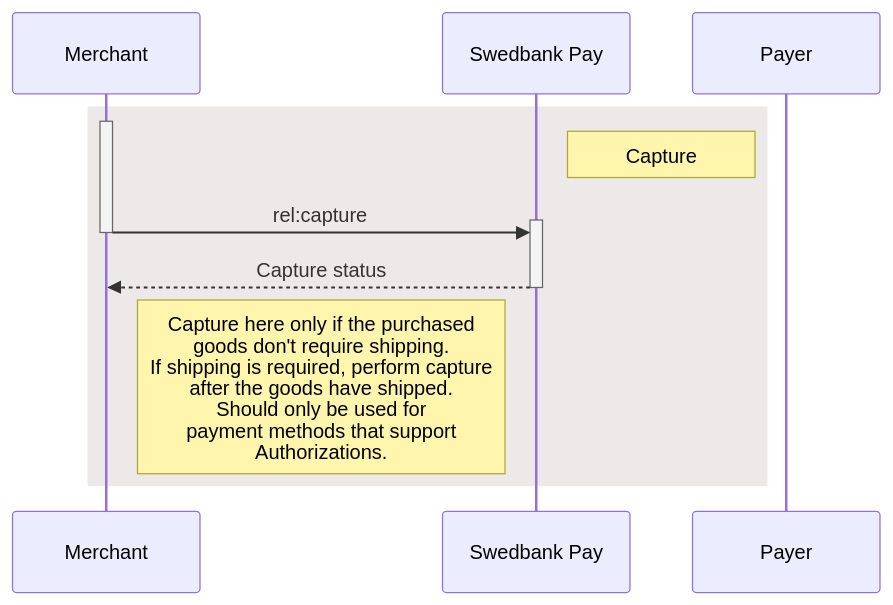
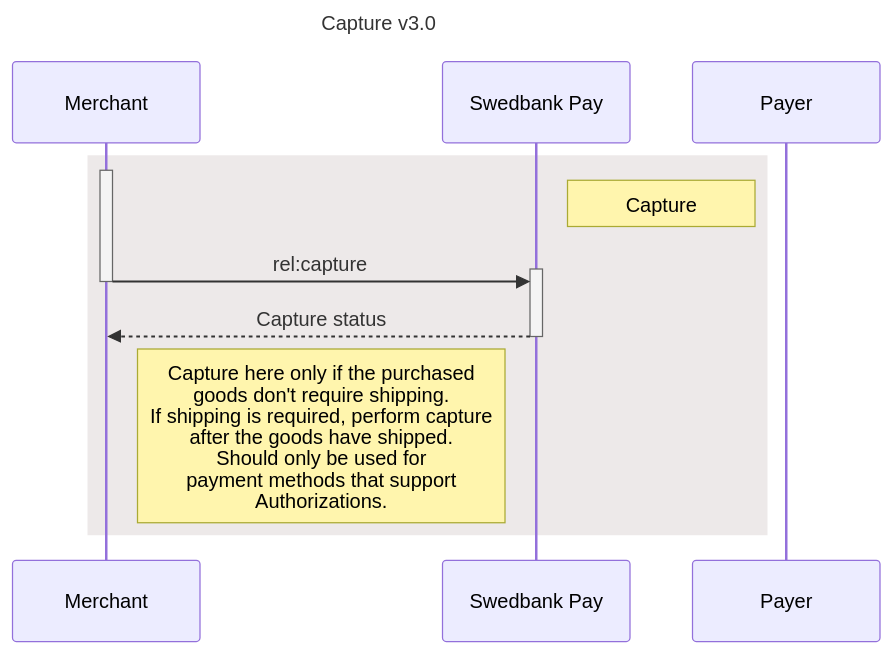
One commit to SwedbankPay/developer.swedbankpay.com changed the first of 2 diagrams in _includes/post-purchase-3-0.md. Above: the diagram before and after it, drawn with Mermaid. The commit also changed other lines of this file and 66 other files, not shown here.

Commit message:
Added titles in sequence diagrams

````diff
--- a/_includes/post-purchase-3-0.md
+++ b/_includes/post-purchase-3-0.md
@@ -596,14 +596,15 @@
 ```mermaid
 sequenceDiagram
+title: Capture v3.0
     participant Merchant
     participant SwedbankPay as Swedbank Pay
 
     rect rgba(81,43,43,0.1)
         activate Merchant
         note left of Payer: Capture
         Merchant ->>+ SwedbankPay: rel:capture
         deactivate Merchant
         SwedbankPay -->>- Merchant: Capture status
         note right of Merchant: Capture here only if the purchased<br/>goods don't require shipping.<br/>If shipping is required, perform capture<br/>after the goods have shipped.<br>Should only be used for <br>payment methods that support <br>Authorizations.
     end
 ```
````
